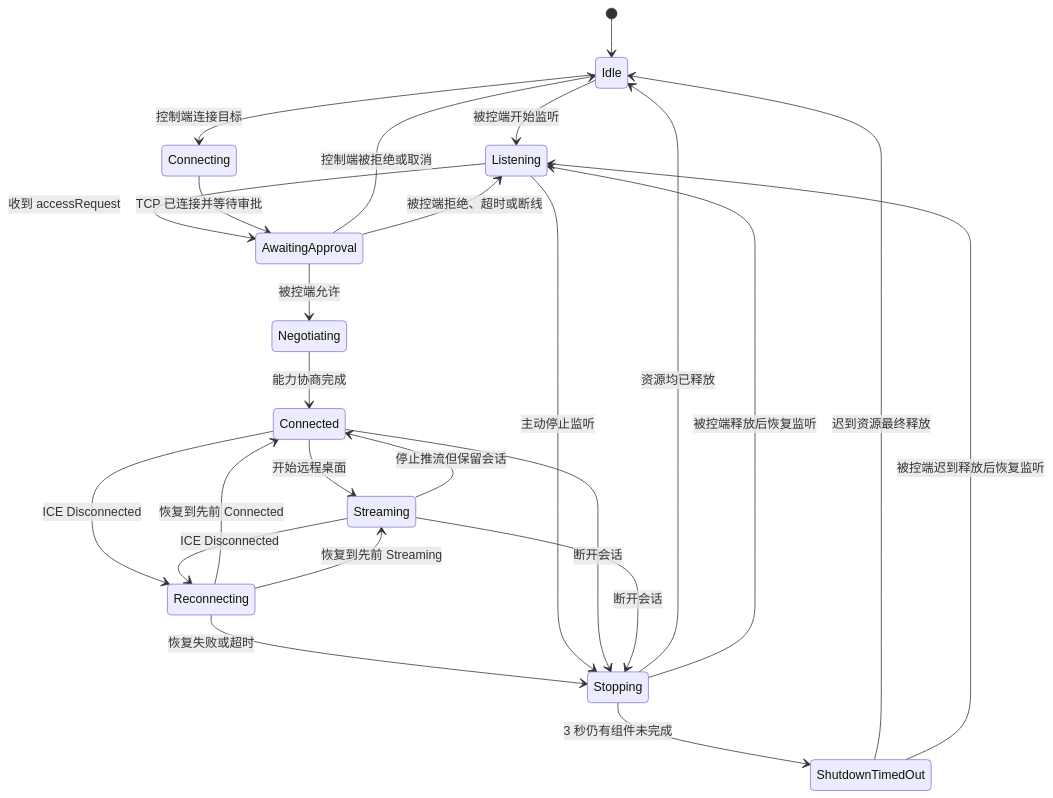
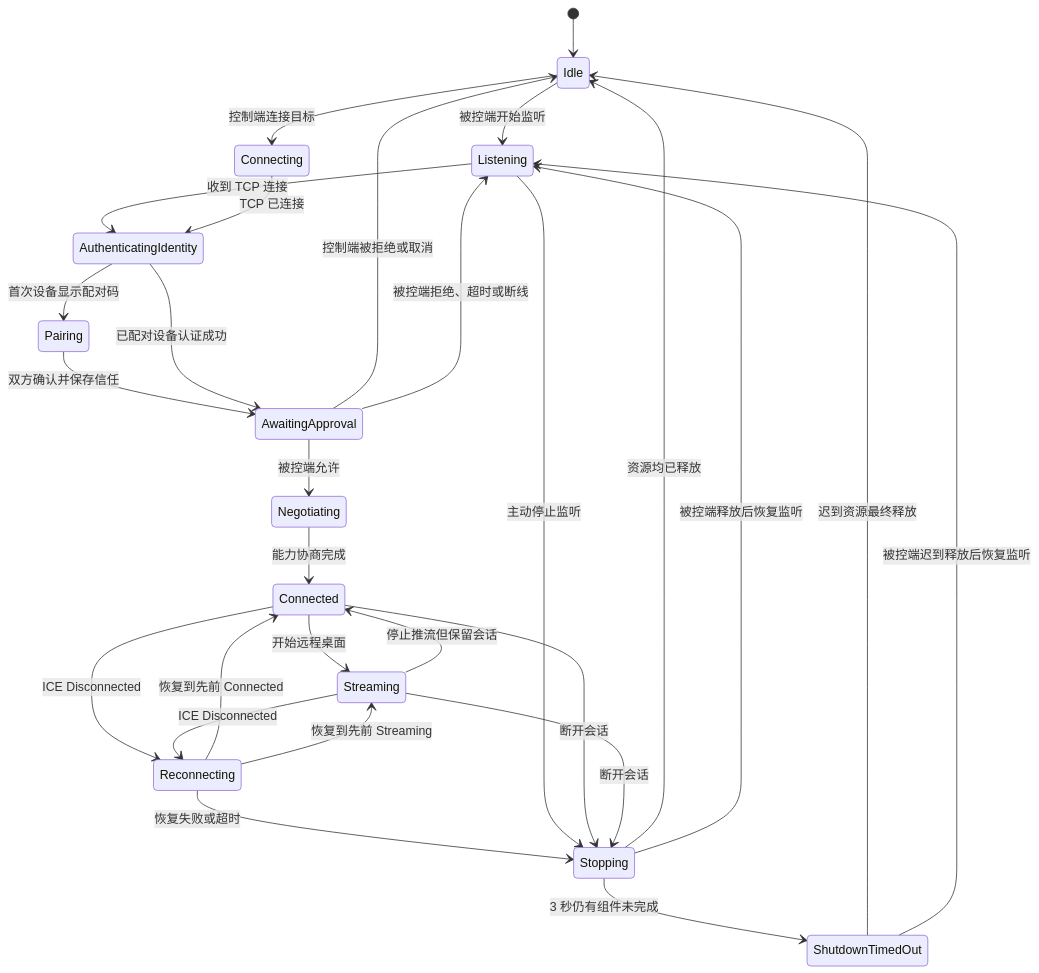
The first of 2 diagrams in docs/architecture/session-lifecycle.md (lyn-un/winRemoteControl), drawn with Mermaid before and after one commit. The commit also changed other lines of this file and 24 other files, not shown here.

````diff
--- a/docs/architecture/session-lifecycle.md
+++ b/docs/architecture/session-lifecycle.md
@@ -7,27 +7,30 @@
 ```mermaid
 stateDiagram-v2
     [*] --> Idle
     Idle --> Listening: 被控端开始监听
     Idle --> Connecting: 控制端连接目标
-    Listening --> AwaitingApproval: 收到 accessRequest
-    Connecting --> AwaitingApproval: TCP 已连接并等待审批
+    Listening --> AuthenticatingIdentity: 收到 TCP 连接
+    Connecting --> AuthenticatingIdentity: TCP 已连接
+    AuthenticatingIdentity --> Pairing: 首次设备显示配对码
+    Pairing --> AwaitingApproval: 双方确认并保存信任
+    AuthenticatingIdentity --> AwaitingApproval: 已配对设备认证成功
     AwaitingApproval --> Negotiating: 被控端允许
     AwaitingApproval --> Idle: 控制端被拒绝或取消
     AwaitingApproval --> Listening: 被控端拒绝、超时或断线
     Negotiating --> Connected: 能力协商完成
     Connected --> Streaming: 开始远程桌面
     Streaming --> Connected: 停止推流但保留会话
     Connected --> Reconnecting: ICE Disconnected
     Streaming --> Reconnecting: ICE Disconnected
     Reconnecting --> Connected: 恢复到先前 Connected
     Reconnecting --> Streaming: 恢复到先前 Streaming
     Reconnecting --> Stopping: 恢复失败或超时
     Listening --> Stopping: 主动停止监听
     Connected --> Stopping: 断开会话
     Streaming --> Stopping: 断开会话
     Stopping --> Idle: 资源均已释放
     Stopping --> Listening: 被控端释放后恢复监听
     Stopping --> ShutdownTimedOut: 3 秒仍有组件未完成
     ShutdownTimedOut --> Idle: 迟到资源最终释放
     ShutdownTimedOut --> Listening: 被控端迟到释放后恢复监听
 ```
````
